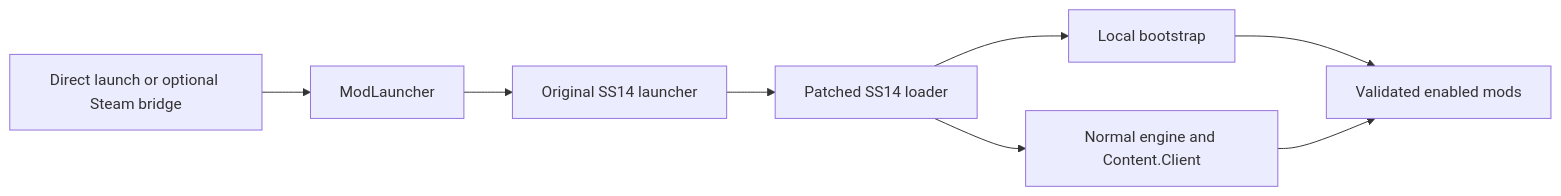
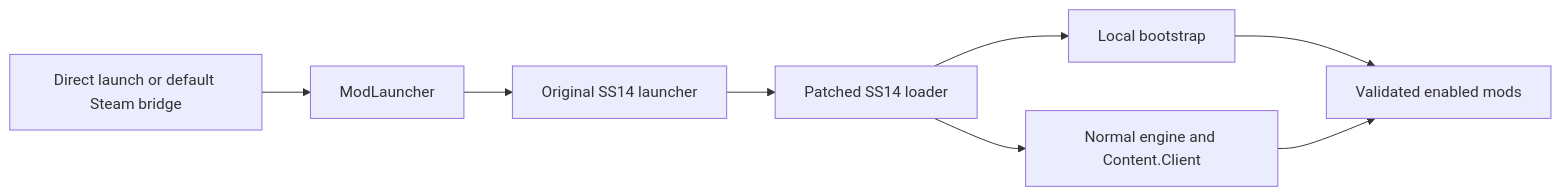
Before and after one commit to actemendes/ss14-modlauncher: the diagram in docs/architecture.md, drawn with Mermaid. The commit also changed other lines of this file and 17 other files, not shown here.

Commit message:
Enable Steam integration by default when installing mods

````diff
--- a/docs/architecture.md
+++ b/docs/architecture.md
@@ -20,10 +20,10 @@
 ```mermaid
 flowchart LR
-    A[Direct launch or optional Steam bridge] --> B[ModLauncher]
+    A[Direct launch or default Steam bridge] --> B[ModLauncher]
     B --> C[Original SS14 launcher]
     C --> D[Patched SS14 loader]
     D --> E[Local bootstrap]
     E --> F[Validated enabled mods]
     D --> G[Normal engine and Content.Client]
     G --> F
 ```
````
